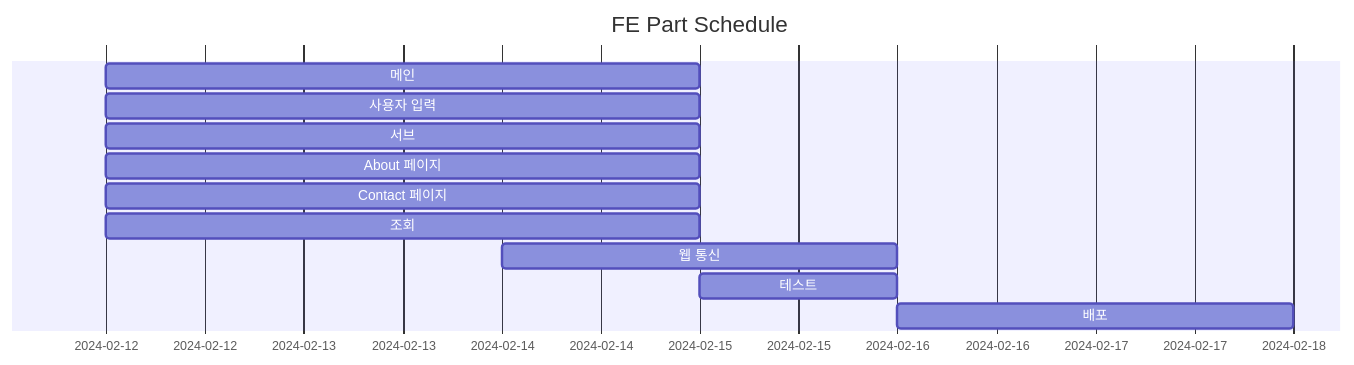
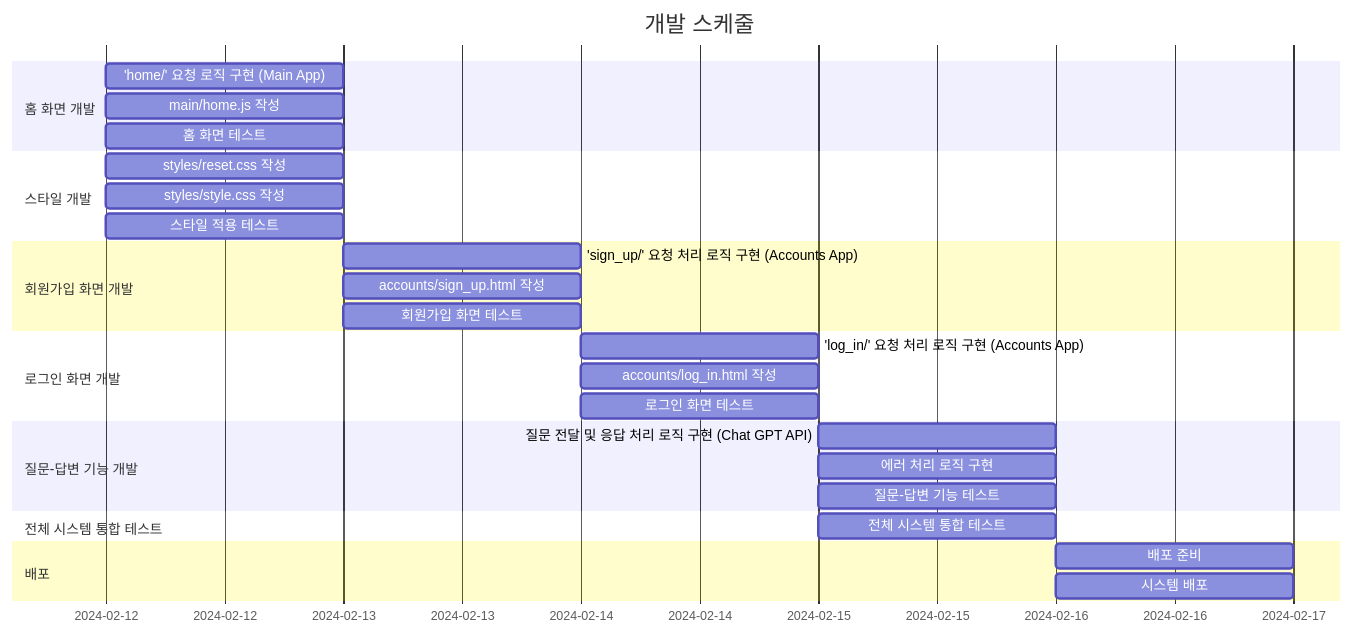
The second of 2 diagrams in README.md (TheRealParkJoohyung/product-pricing), drawn with Mermaid before and after one commit.

````diff
--- a/README.md
+++ b/README.md
@@ -124,15 +124,38 @@
 ```mermaid
 gantt
     todayMarker off
-    title FE Part Schedule
-    dateFormat YYYY-MM-DD
-        메인 :2024-02-12, 3d
-        사용자 입력 :2024-02-12, 3d
-        서브 :2024-02-12, 3d
-        About 페이지 :2024-02-12, 3d
-        Contact 페이지 :2024-02-12, 3d
-        조회 :2024-02-12, 3d
-        웹 통신 :2024-02-14, 2d
-        테스트 :2024-02-15, 1d
-        배포 :2024-02-16, 2d
+dateFormat YYYY-MM-DD
+title 개발 스케줄
+
+section 홈 화면 개발
+'home/' 요청 로직 구현 (Main App) :2024-02-12, 1d
+main/home.js 작성 :2024-02-12, 1d
+홈 화면 테스트 :2024-02-12, 1d
+
+section 스타일 개발
+styles/reset.css 작성 :2024-02-12, 1d
+styles/style.css 작성 :2024-02-12, 1d
+스타일 적용 테스트 :2024-02-12, 1d
+
+section 회원가입 화면 개발
+'sign_up/' 요청 처리 로직 구현 (Accounts App) :2024-02-13, 1d
+accounts/sign_up.html 작성 :2024-02-13, 1d
+회원가입 화면 테스트 :2024-02-13, 1d
+
+section 로그인 화면 개발
+'log_in/' 요청 처리 로직 구현 (Accounts App) :2024-02-14, 1d
+accounts/log_in.html 작성 :2024-02-14, 1d
+로그인 화면 테스트 :2024-02-14, 1d
+
+section 질문-답변 기능 개발
+질문 전달 및 응답 처리 로직 구현 (Chat GPT API) :2024-02-15, 1d
+에러 처리 로직 구현 :2024-02-15, 1d
+질문-답변 기능 테스트 :2024-02-15, 1d
+
+section 전체 시스템 통합 테스트
+전체 시스템 통합 테스트 :2024-02-15, 1d
+
+section 배포
+배포 준비 :2024-02-16, 1d
+시스템 배포 :2024-02-16, 1d
 ```
````
